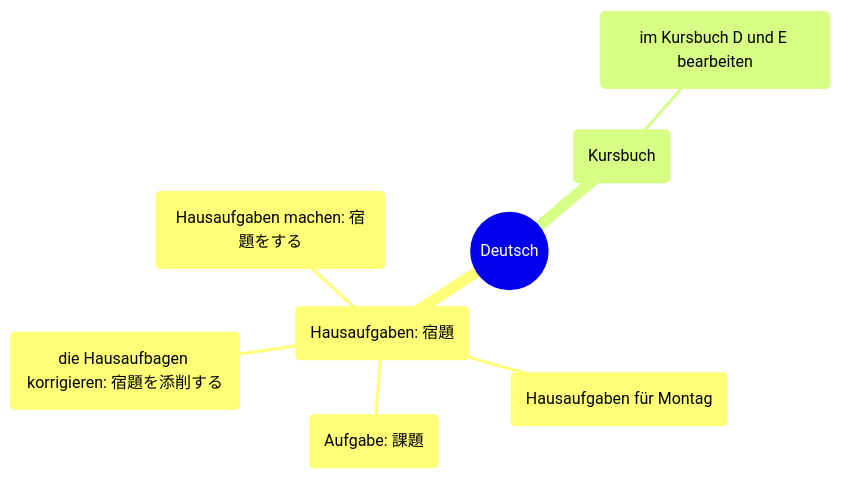
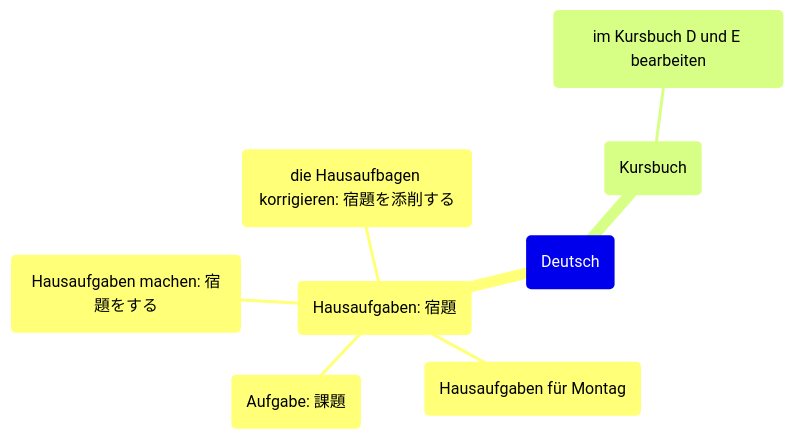
One commit to hyonsoku/mindmap changed the first of 4 diagrams in Dutesch/deutsch.md. Above: the diagram before and after it, drawn with Mermaid. The commit also changed other lines of this file and 4 other files, not shown here.

````diff
--- a/Dutesch/deutsch.md
+++ b/Dutesch/deutsch.md
@@ -1,11 +1,11 @@
 ```mermaid
 mindmap
-    root((Deutsch))
+    root(Deutsch)
         (Hausaufgaben: 宿題)
             (Hausaufgaben machen: 宿題をする)
             (Hausaufgaben für Montag)
             (Aufgabe: 課題)
             (die Hausaufbagen korrigieren: 宿題を添削する)
         (Kursbuch)
             (im Kursbuch D und E bearbeiten)
 ```
````
